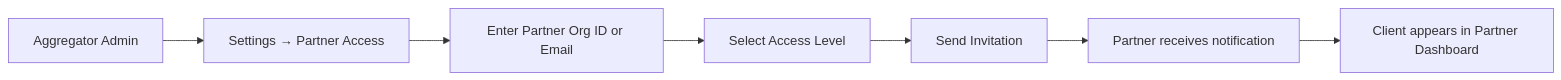
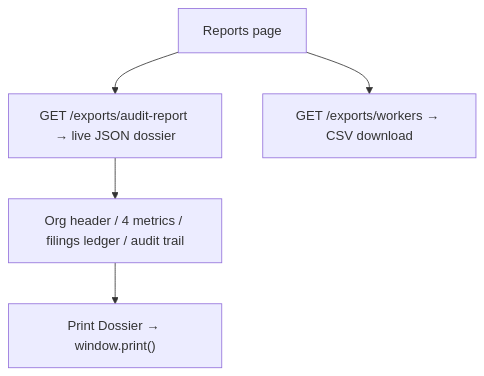
One commit to nonimousmusic/Gig-Worker-Social-Security-Compliance-Platform changed the tenth of 12 diagrams in docs/user_flows.md. Above: the diagram before and after it, drawn with Mermaid. The commit also changed other lines of this file and 89 other files, not shown here.

````diff
--- a/docs/user_flows.md
+++ b/docs/user_flows.md
@@ -442,9 +272,7 @@
 ```mermaid
-flowchart LR
-    A["Aggregator Admin"] --> B["Settings → Partner Access"]
-    B --> C["Enter Partner Org ID or Email"]
-    C --> D["Select Access Level"]
-    D --> E["Send Invitation"]
-    E --> F["Partner receives notification"]
-    F --> G["Client appears in Partner Dashboard"]
+flowchart TD
+    A["Reports page"] --> B["GET /exports/audit-report → live JSON dossier"]
+    B --> C["Org header / 4 metrics / filings ledger / audit trail"]
+    C --> D["Print Dossier → window.print()"]
+    A --> E["GET /exports/workers → CSV download"]
 ```
````
